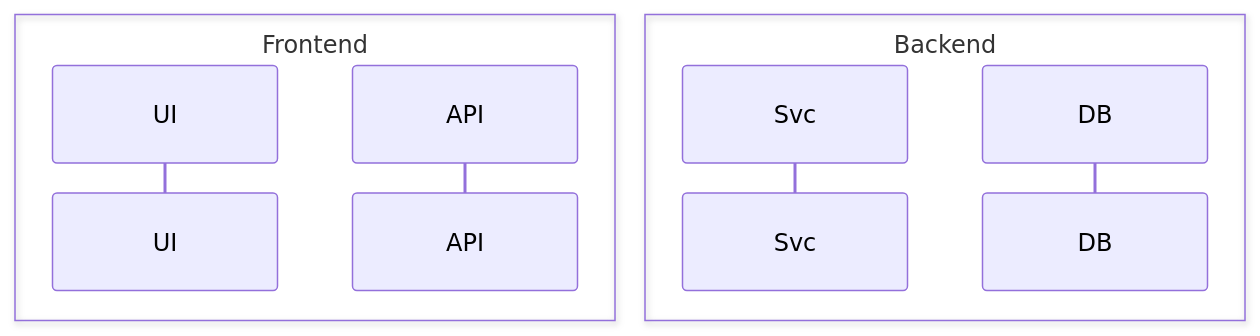
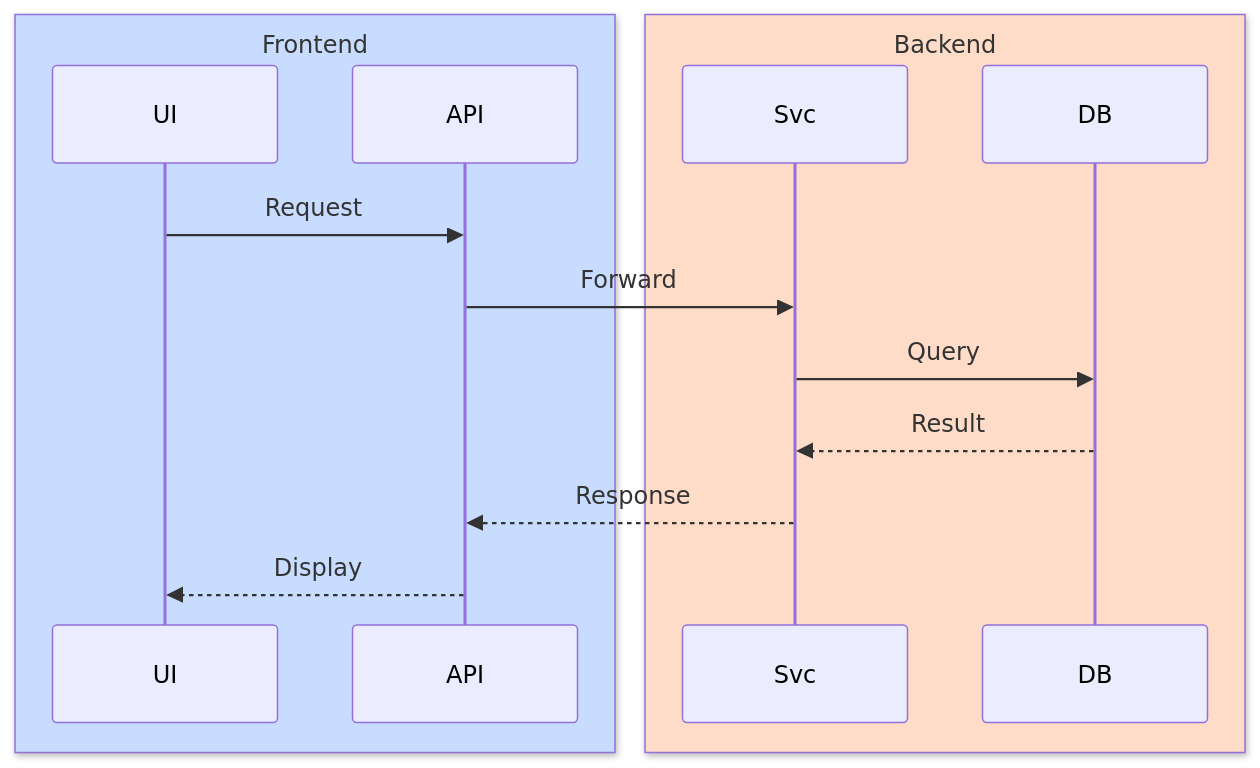
One commit to andrewgepearce/sequencer-svg changed the eighth of 9 diagrams in README.md. Above: the diagram before and after it, drawn with Mermaid. The commit also changed other lines of this file and 32 other files, not shown here.

First line of the commit message:
docs: add transformed YAML and SVG for all Mermaid examples

````diff
--- a/README.md
+++ b/README.md
@@ -613,11 +730,17 @@
 ```mermaid
 sequenceDiagram
-    box Frontend
+    box rgb(200,220,255) Frontend
         participant UI
         participant API
     end
-    box Backend
+    box rgb(255,220,200) Backend
         participant Svc
         participant DB
     end
+    UI->>API: Request
+    API->>Svc: Forward
+    Svc->>DB: Query
+    DB-->>Svc: Result
+    Svc-->>API: Response
+    API-->>UI: Display
 ```
````
